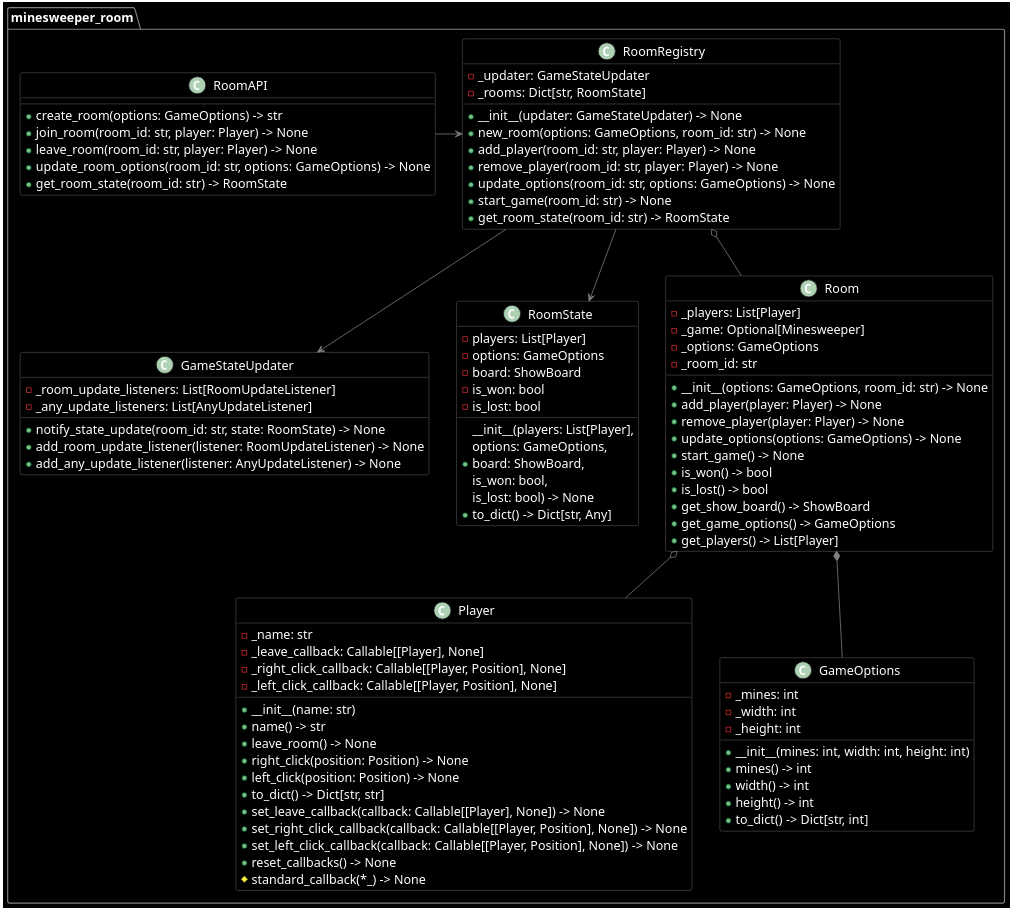
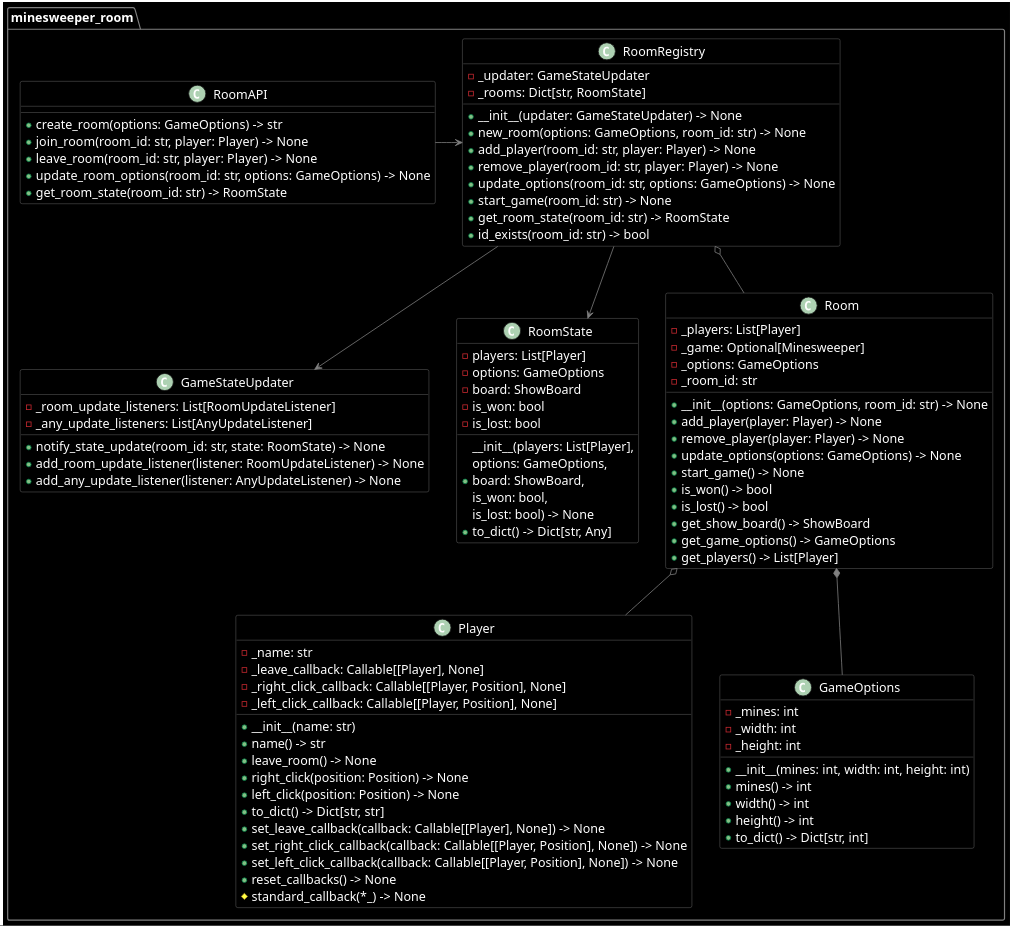
The diagram in doc/minesweeper_room-diagram.puml (HampusSiik/minesweeper-with-friends), drawn with PlantUML before and after one commit. The commit also changed 2 other files, not shown here.

Commit message:
Add id_exists method to RoomRegistry and implement room ID generation in RoomAPI

```diff
--- a/doc/minesweeper_room-diagram.puml
+++ b/doc/minesweeper_room-diagram.puml
@@ -1,134 +1,135 @@
 @startuml minesweeper_room
 
 skinparam {
 
     DefaultFontColor White
     DefaultFontName Monospace
     DefaultFontSize 16
     DefaultBorderColor White
     ArrowColor Gray
 
     BackgroundColor Black
     BorderColor Gray
     FontColor White
 
     class {
         BackgroundColor Black
         BorderColor Gray
     }
 
     package {
         BackgroundColor Black
         BorderColor Gray
     }
 
 }
 
 package minesweeper_room {
 
 
     class GameStateUpdater {
         - _room_update_listeners: List[RoomUpdateListener]
         - _any_update_listeners: List[AnyUpdateListener]
         + notify_state_update(room_id: str, state: RoomState) -> None
         + add_room_update_listener(listener: RoomUpdateListener) -> None
         + add_any_update_listener(listener: AnyUpdateListener) -> None
     }
 
     class RoomState {
         - players: List[Player]
         - options: GameOptions
         - board: ShowBoard
         - is_won: bool
         - is_lost: bool
         + __init__(players: List[Player],\noptions: GameOptions,\nboard: ShowBoard,\nis_won: bool,\nis_lost: bool) -> None
         + to_dict() -> Dict[str, Any]
     }
 
     class RoomAPI {
         + create_room(options: GameOptions) -> str
         + join_room(room_id: str, player: Player) -> None
         + leave_room(room_id: str, player: Player) -> None
         + update_room_options(room_id: str, options: GameOptions) -> None
         + get_room_state(room_id: str) -> RoomState
     }
 
     class RoomRegistry {
         - _updater: GameStateUpdater
         - _rooms: Dict[str, RoomState]
         + __init__(updater: GameStateUpdater) -> None
         + new_room(options: GameOptions, room_id: str) -> None
         + add_player(room_id: str, player: Player) -> None
         + remove_player(room_id: str, player: Player) -> None
         + update_options(room_id: str, options: GameOptions) -> None
         + start_game(room_id: str) -> None
         + get_room_state(room_id: str) -> RoomState
+        + id_exists(room_id: str) -> bool
     }
 
     class Player {
 
         - _name: str
         - _leave_callback: Callable[[Player], None]
         - _right_click_callback: Callable[[Player, Position], None]
         - _left_click_callback: Callable[[Player, Position], None]
 
         + __init__(name: str)
         + name() -> str
         + leave_room() -> None
         + right_click(position: Position) -> None
         + left_click(position: Position) -> None
         + to_dict() -> Dict[str, str]
         + set_leave_callback(callback: Callable[[Player], None]) -> None
         + set_right_click_callback(callback: Callable[[Player, Position], None]) -> None
         + set_left_click_callback(callback: Callable[[Player, Position], None]) -> None
         + reset_callbacks() -> None
         # standard_callback(*_) -> None
 
     }
 
     class GameOptions {
 
         - _mines: int
         - _width: int
         - _height: int
 
         + __init__(mines: int, width: int, height: int)
         + mines() -> int
         + width() -> int
         + height() -> int
         + to_dict() -> Dict[str, int]
 
     }
 
     class Room {
 
         - _players: List[Player]
         - _game: Optional[Minesweeper]
         - _options: GameOptions
         - _room_id: str
 
         + __init__(options: GameOptions, room_id: str) -> None
         + add_player(player: Player) -> None
         + remove_player(player: Player) -> None
         + update_options(options: GameOptions) -> None
         + start_game() -> None
         + is_won() -> bool
         + is_lost() -> bool
         + get_show_board() -> ShowBoard
         + get_game_options() -> GameOptions
         + get_players() -> List[Player]
 
     }
 
     RoomAPI -> RoomRegistry
     RoomRegistry --> RoomState
     RoomRegistry --> GameStateUpdater
 
     Room o-- Player
     Room *-- GameOptions
 
     RoomRegistry o-- Room
 
 }
 
 @enduml
```
